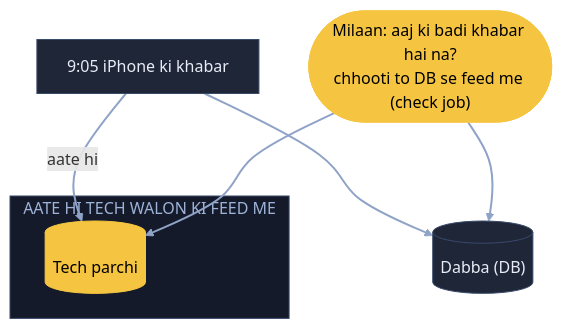
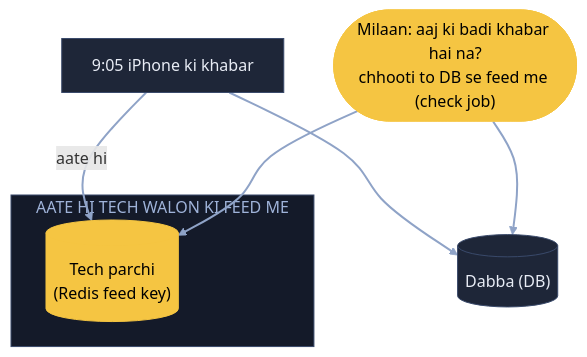
One commit to ArpanMaheshwari144/Prep changed the seventh of 14 diagrams in 04_HLD/SYSTEM_DESIGNS/08_news_aggregator/08_news_aggregator.md. Above: the diagram before and after it, drawn with Mermaid. The commit also changed other lines of this file and 20 other files, not shown here.

Commit message:
HLD main files: diagram me kahani shabd + bracket me asli naam (21 design, 182 label)

````diff
--- a/04_HLD/SYSTEM_DESIGNS/08_news_aggregator/08_news_aggregator.md
+++ b/04_HLD/SYSTEM_DESIGNS/08_news_aggregator/08_news_aggregator.md
@@ -276,19 +276,19 @@
 ```mermaid
 flowchart TB
     W["9:05 iPhone ki khabar"]:::card
     D[("Dabba (DB)")]:::card
     subgraph AH["AATE HI TECH WALON KI FEED ME"]
-        P[("Tech parchi")]:::pill
+        P[("Tech parchi<br/>(Redis feed key)")]:::pill
     end
     J(["Milaan: aaj ki badi khabar hai na?<br/>chhooti to DB se feed me (check job)"]):::pill
     W --> D
     W -- "aate hi" --> P
     J --> P
     J --> D
     linkStyle default stroke:#8fa3c7,stroke-width:2px
     classDef card fill:#1e2638,stroke:#3a4a6b,color:#e8ecf5
     classDef pill fill:#f5c542,stroke:#f5c542,color:#000
     classDef good fill:#2e7d4f,stroke:#3fbf6f,color:#fff
     classDef bad fill:#5c1f24,stroke:#e05561,color:#fff
     style AH fill:#141a29,stroke:#3a4a6b,color:#9fb3d9
 ```
````
